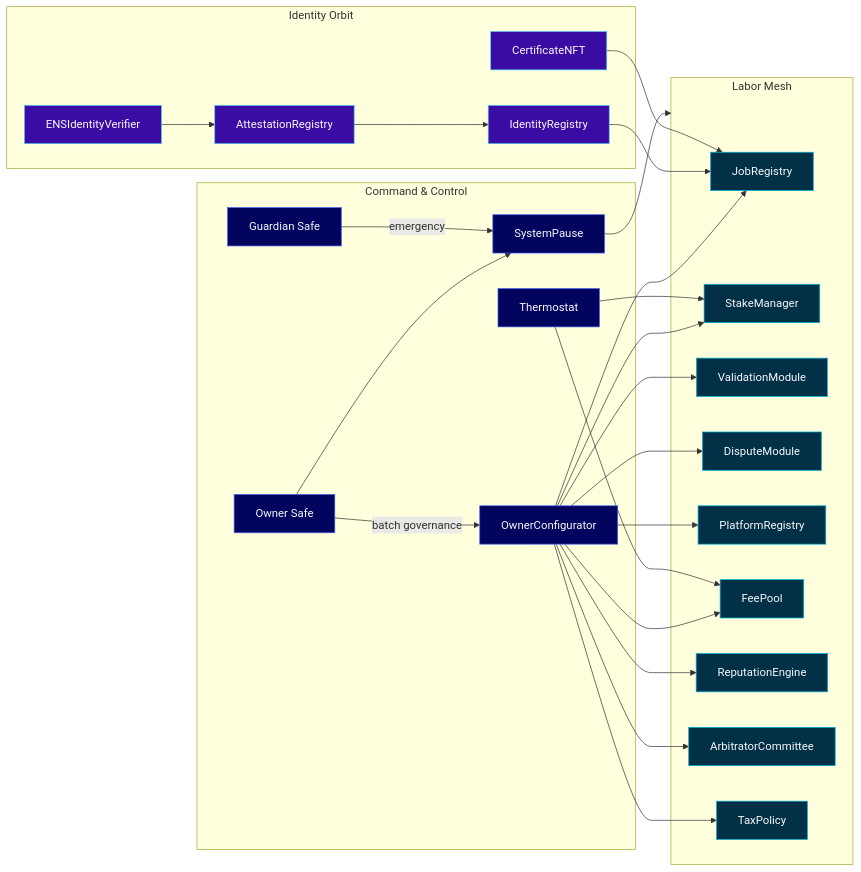
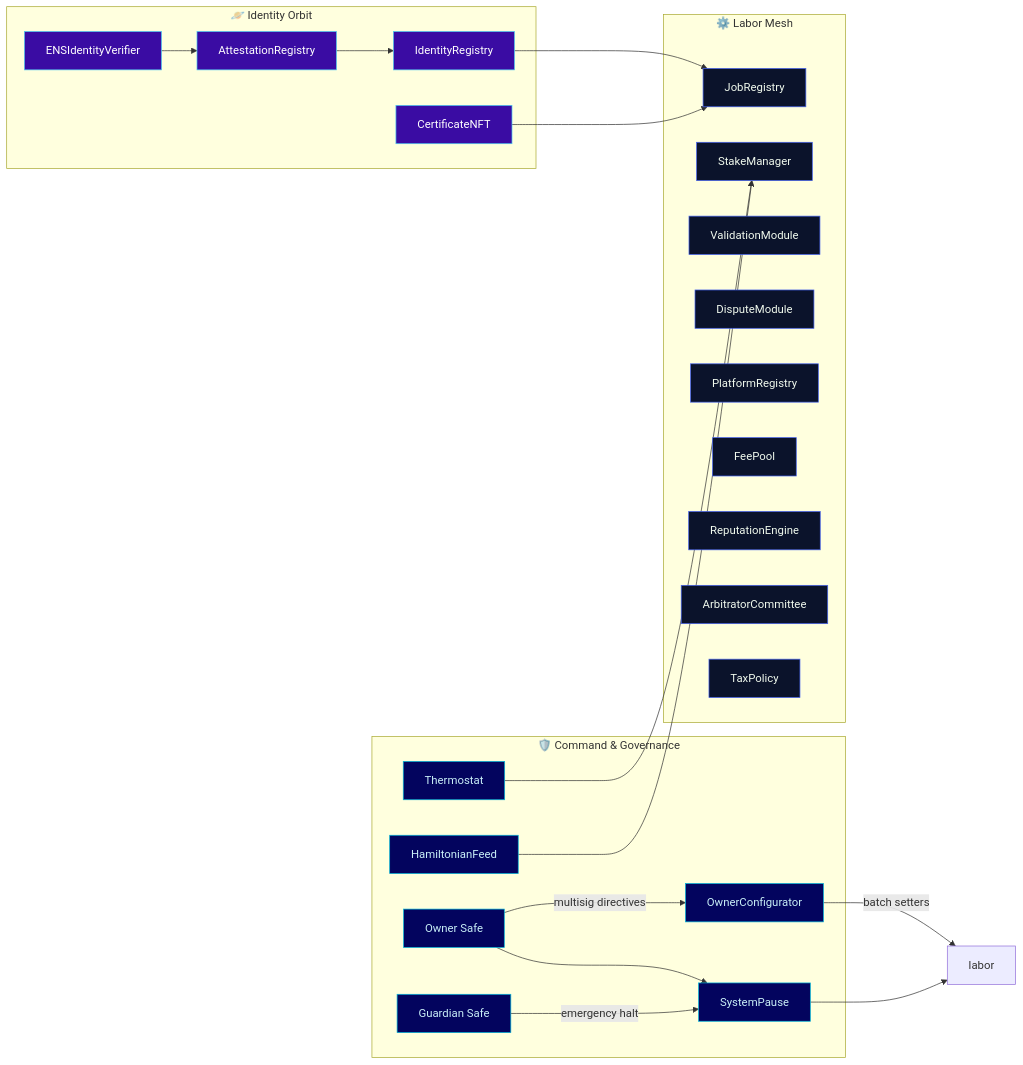
The first of 4 diagrams in README.md (MontrealAI/agijobs-sovereign-labor-v0p1), drawn with Mermaid before and after one commit. The commit also changed other lines of this file, not shown here.

````diff
--- a/README.md
+++ b/README.md
@@ -37,48 +37,49 @@
 ```mermaid
 flowchart LR
-    subgraph Control["Command & Control"]
-        OwnerSafe["Owner Safe"]
-        GuardianSafe["Guardian Safe"]
-        Configurator["OwnerConfigurator"]
-        PauseHub["SystemPause"]
-        Thermostat["Thermostat"]
+    subgraph Command["🛡️ Command & Governance"]
+        ownerSafe[Owner Safe]
+        guardianSafe[Guardian Safe]
+        configurator[OwnerConfigurator]
+        pauseHub[SystemPause]
+        thermostat[Thermostat]
+        hamiltonian[HamiltonianFeed]
     end
 
-    subgraph Labor["Labor Mesh"]
-        JobRegistry
-        StakeManager
-        ValidationModule
-        DisputeModule
-        PlatformRegistry
-        FeePool
-        ReputationEngine
-        ArbitratorCommittee
-        TaxPolicy
+    subgraph Labor["⚙️ Labor Mesh"]
+        jobRegistry[JobRegistry]
+        stakeManager[StakeManager]
+        validation[ValidationModule]
+        dispute[DisputeModule]
+        platformRegistry[PlatformRegistry]
+        feePool[FeePool]
+        reputation[ReputationEngine]
+        arbitrator[ArbitratorCommittee]
+        taxPolicy[TaxPolicy]
     end
 
-    subgraph Identity["Identity Orbit"]
-        IdentityRegistry
-        AttestationRegistry
-        CertificateNFT
-        ENSVerifier["ENSIdentityVerifier"]
+    subgraph Identity["🪐 Identity Orbit"]
+        identityRegistry[IdentityRegistry]
+        attestation[AttestationRegistry]
+        certificate[CertificateNFT]
+        ensVerifier[ENSIdentityVerifier]
     end
 
-    OwnerSafe -->|batch governance| Configurator
-    Configurator --> JobRegistry & StakeManager & ValidationModule & DisputeModule & PlatformRegistry & FeePool & ReputationEngine & ArbitratorCommittee & TaxPolicy
-    OwnerSafe --> PauseHub
-    GuardianSafe -->|emergency| PauseHub
-    PauseHub --> Labor
-    Thermostat --> StakeManager
-    Thermostat --> FeePool
-    IdentityRegistry --> JobRegistry
-    AttestationRegistry --> IdentityRegistry
-    CertificateNFT --> JobRegistry
-    ENSVerifier --> AttestationRegistry
+    ownerSafe -->|multisig directives| configurator
+    configurator -->|batch setters| labor
+    ownerSafe --> pauseHub
+    guardianSafe -->|emergency halt| pauseHub
+    pauseHub --> labor
+    thermostat --> stakeManager
+    hamiltonian --> stakeManager
+    identityRegistry --> jobRegistry
+    attestation --> identityRegistry
+    certificate --> jobRegistry
+    ensVerifier --> attestation
 
-    classDef control fill:#03045e,stroke:#4361ee,color:#f8f9fa;
-    classDef labor fill:#023047,stroke:#00b4d8,color:#f8f9fa;
-    classDef identity fill:#3a0ca3,stroke:#4cc9f0,color:#f8f9fa;
-    class OwnerSafe,GuardianSafe,Configurator,PauseHub,Thermostat control;
-    class JobRegistry,StakeManager,ValidationModule,DisputeModule,PlatformRegistry,FeePool,ReputationEngine,ArbitratorCommittee,TaxPolicy labor;
-    class IdentityRegistry,AttestationRegistry,CertificateNFT,ENSVerifier identity;
+    classDef command fill:#03045e,stroke:#00b4d8,color:#caf0f8;
+    classDef labor fill:#0b132b,stroke:#4361ee,color:#f1faee;
+    classDef identity fill:#3a0ca3,stroke:#4cc9f0,color:#ffffff;
+    class ownerSafe,guardianSafe,configurator,pauseHub,thermostat,hamiltonian command;
+    class jobRegistry,stakeManager,validation,dispute,platformRegistry,feePool,reputation,arbitrator,taxPolicy labor;
+    class identityRegistry,attestation,certificate,ensVerifier identity;
 ```
````
